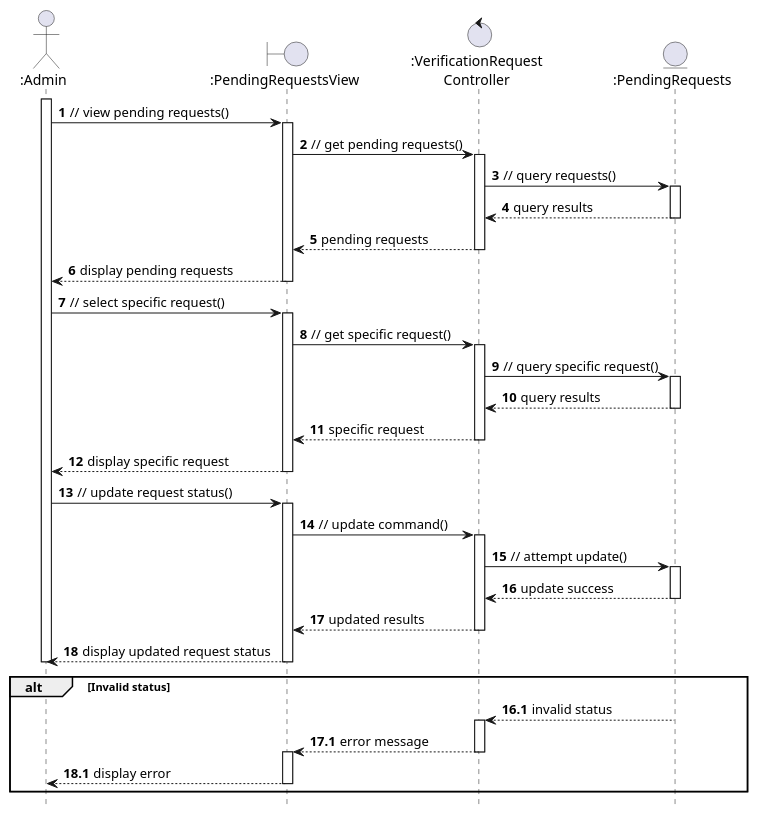
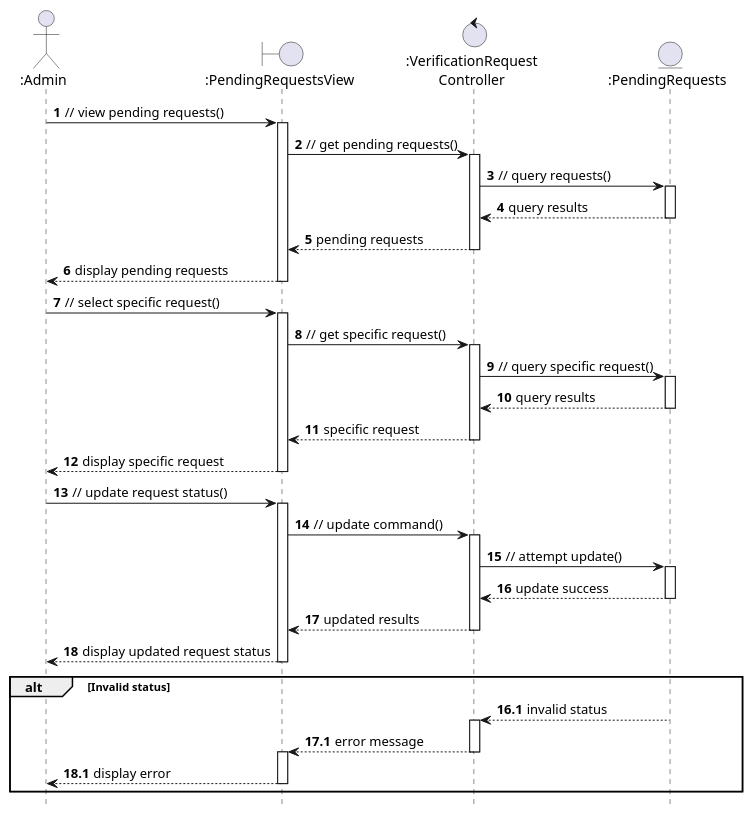
One commit to anhbanlinhle/velocity-exchange changed the diagram in uml/analysis/sequence/approve_car_for_auction.pu. Above: the diagram before and after it, drawn with PlantUML. The commit also changed 5 other files, not shown here.

```diff
--- a/uml/analysis/sequence/approve_car_for_auction.pu
+++ b/uml/analysis/sequence/approve_car_for_auction.pu
@@ -1,64 +1,62 @@
 @startuml
 hide footbox
 
 autonumber
 
 actor ":Admin" as Admin
 boundary ":PendingRequestsView" as PendingRequestsView
 control ":VerificationRequest\nController" as VerificationRequestController
 entity ":PendingRequests" as PendingRequests
 
-activate Admin
   Admin -> PendingRequestsView: // view pending requests()
   activate PendingRequestsView
     PendingRequestsView -> VerificationRequestController: // get pending requests()
     activate VerificationRequestController
       VerificationRequestController -> PendingRequests: // query requests()
         activate PendingRequests
         PendingRequests --> VerificationRequestController: query results
         deactivate PendingRequests
       VerificationRequestController --> PendingRequestsView: pending requests
     deactivate VerificationRequestController
     PendingRequestsView --> Admin: display pending requests
   deactivate PendingRequestsView
   Admin -> PendingRequestsView: // select specific request()
   activate PendingRequestsView
     PendingRequestsView -> VerificationRequestController: // get specific request()
     activate VerificationRequestController
       VerificationRequestController -> PendingRequests: // query specific request()
         activate PendingRequests
         PendingRequests --> VerificationRequestController: query results
         deactivate PendingRequests
       VerificationRequestController --> PendingRequestsView: specific request
     deactivate VerificationRequestController
     PendingRequestsView --> Admin: display specific request
   deactivate PendingRequestsView
   Admin -> PendingRequestsView: // update request status()
   activate PendingRequestsView
     PendingRequestsView -> VerificationRequestController: // update command()
     activate VerificationRequestController
       VerificationRequestController -> PendingRequests: // attempt update()
         activate PendingRequests
         PendingRequests --> VerificationRequestController: update success
         deactivate PendingRequests
       VerificationRequestController --> PendingRequestsView: updated results
     deactivate VerificationRequestController
     PendingRequestsView --> Admin: display updated request status
   deactivate PendingRequestsView
-deactivate Admin
 
 alt Invalid status
   autonumber 16.1
   PendingRequests --> VerificationRequestController: invalid status
   autonumber inc A
   activate VerificationRequestController
     VerificationRequestController --> PendingRequestsView: error message
     autonumber inc A
   deactivate VerificationRequestController
   activate PendingRequestsView
     PendingRequestsView --> Admin: display error
     autonumber inc A
   deactivate PendingRequestsView
 end
 
 @enduml
```
